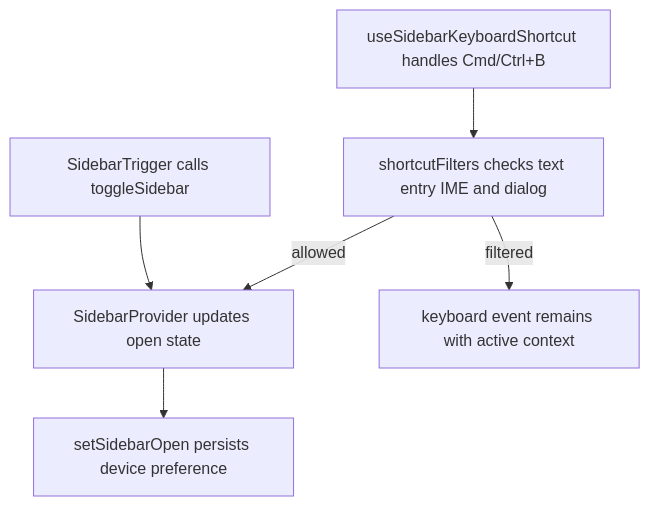
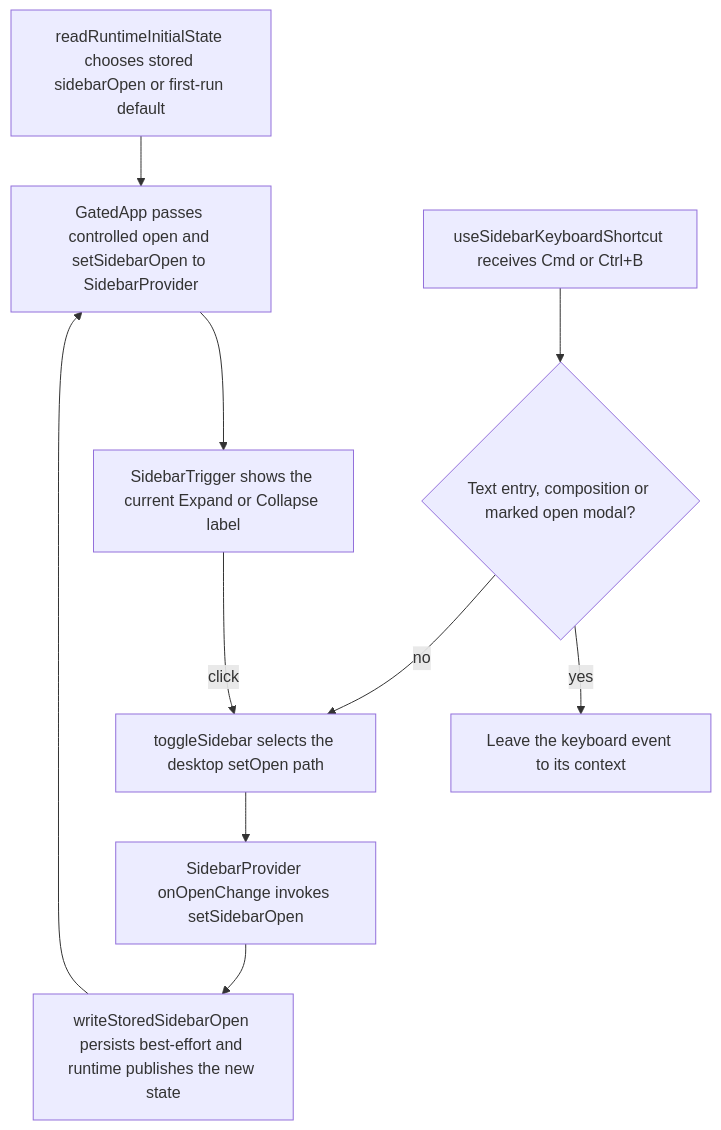
One commit to Kevinjohn/capacitylens changed the second of 2 diagrams in user-stories/navigation/US-NAV-22-desktop-sidebar-toggle.md. Above: the diagram before and after it, drawn with Mermaid. The commit also changed other lines of this file and 172 other files, not shown here.

Commit message:
docs: reconcile user story code flows with source

````diff
--- a/user-stories/navigation/US-NAV-22-desktop-sidebar-toggle.md
+++ b/user-stories/navigation/US-NAV-22-desktop-sidebar-toggle.md
@@ -29,8 +31,12 @@
 ```mermaid
 flowchart TD
-  button["SidebarTrigger calls toggleSidebar"] --> state["SidebarProvider updates open state"]
-  key["useSidebarKeyboardShortcut handles Cmd/Ctrl+B"] --> filter["shortcutFilters checks text entry IME and dialog"]
-  filter -->|allowed| state
-  filter -->|filtered| context["keyboard event remains with active context"]
-  state --> pref["setSidebarOpen persists device preference"]
+  pref["readRuntimeInitialState chooses stored sidebarOpen or first-run default"] --> provider["GatedApp passes controlled open and setSidebarOpen to SidebarProvider"]
+  provider --> button["SidebarTrigger shows the current Expand or Collapse label"]
+  button -->|click| toggle["toggleSidebar selects the desktop setOpen path"]
+  key["useSidebarKeyboardShortcut receives Cmd or Ctrl+B"] --> guard{"Text entry, composition or marked open modal?"}
+  guard -->|yes| skip["Leave the keyboard event to its context"]
+  guard -->|no| toggle
+  toggle --> state["SidebarProvider onOpenChange invokes setSidebarOpen"]
+  state --> persist["writeStoredSidebarOpen persists best-effort and runtime publishes the new state"]
+  persist --> provider
 ```
````
